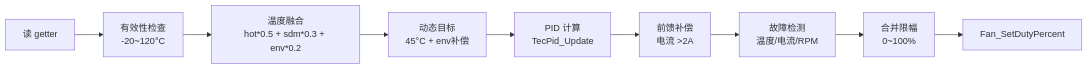
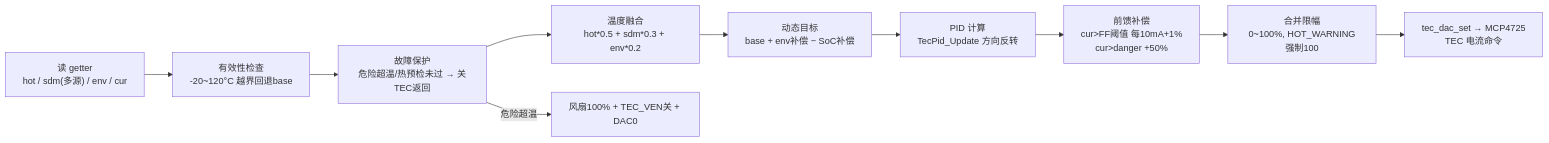
One commit to Vkd4U2NtVkZOVg/py32_control changed the seventh of 10 diagrams in WORKLOG.md. Above: the diagram before and after it, drawn with Mermaid. The commit also changed other lines of this file, not shown here.

First line of the commit message:
docs(worklog): prune stale state-machine diagrams, add probe + TEC refresh

````diff
--- a/WORKLOG.md
+++ b/WORKLOG.md
@@ -1566,11 +1289,13 @@
 ```mermaid
 flowchart LR
-    A["读 getter"] --> B["有效性检查<br/>-20~120°C"]
-    B --> C["温度融合<br/>hot*0.5 + sdm*0.3 + env*0.2"]
-    C --> D["动态目标<br/>45°C + env补偿"]
-    D --> E["PID 计算<br/>TecPid_Update"]
-    E --> F["前馈补偿<br/>电流 >2A"]
-    F --> G["故障检测<br/>温度/电流/RPM"]
-    G --> H["合并限幅<br/>0~100%"]
-    H --> I["Fan_SetDutyPercent"]
+    A["读 getter<br/>hot / sdm(多源) / env / cur"] --> B["有效性检查<br/>-20~120°C 越界回退base"]
+    B --> C["故障保护<br/>危险超温/热预检未过 → 关TEC返回"]
+    C --> D["温度融合<br/>hot*0.5 + sdm*0.3 + env*0.2"]
+    D --> E["动态目标<br/>base + env补偿 − SoC补偿"]
+    E --> F["PID 计算<br/>TecPid_Update 方向反转"]
+    F --> G["前馈补偿<br/>cur>FF阈值 每10mA+1%<br/>cur>danger +50%"]
+    G --> H["合并限幅<br/>0~100%, HOT_WARNING强制100"]
+    H --> I["tec_dac_set → MCP4725<br/>TEC 电流命令"]
+    C -->|危险超温| J["风扇100% + TEC_VEN关 + DAC0"]
+
 ```
````
